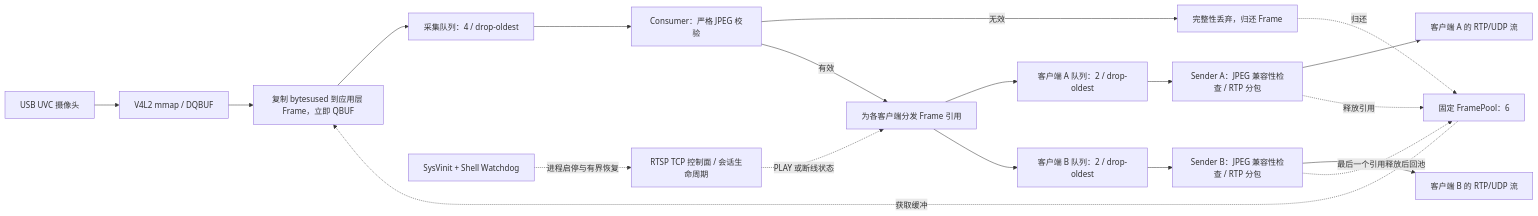
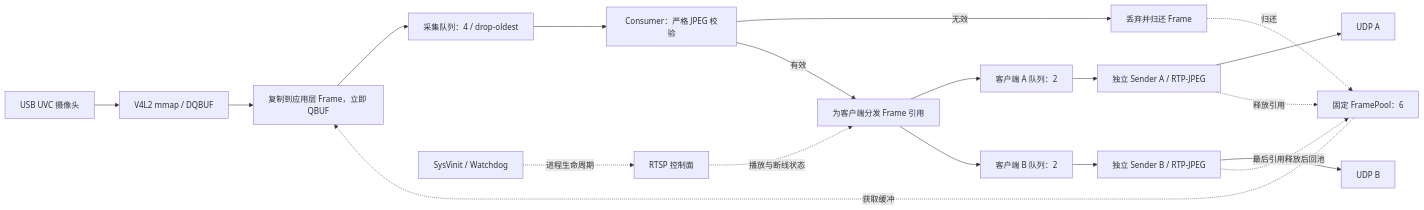
The diagram in README.md (yuhangli-embedded/imx6ull-rtsp-mjpeg-streaming), drawn with Mermaid before and after one commit. The commit also changed other lines of this file and 10 other files, not shown here.

````diff
--- a/README.md
+++ b/README.md
@@ -40,21 +25,21 @@
 ```mermaid
 flowchart LR
     U["USB UVC 摄像头"] --> V["V4L2 mmap / DQBUF"]
-    V --> C["复制 bytesused 到应用层 Frame，立即 QBUF"]
+    V --> C["复制到应用层 Frame，立即 QBUF"]
     P["固定 FramePool：6"] -. 获取缓冲 .-> C
     C --> Q["采集队列：4 / drop-oldest"]
     Q --> J["Consumer：严格 JPEG 校验"]
-    J -->|无效| D["完整性丢弃，归还 Frame"]
+    J -->|无效| D["丢弃并归还 Frame"]
     D -. 归还 .-> P
-    J -->|有效| F["为各客户端分发 Frame 引用"]
-    F --> A["客户端 A 队列：2 / drop-oldest"]
-    F --> B["客户端 B 队列：2 / drop-oldest"]
-    A --> SA["Sender A：JPEG 兼容性检查 / RTP 分包"]
-    B --> SB["Sender B：JPEG 兼容性检查 / RTP 分包"]
-    SA --> UA["客户端 A 的 RTP/UDP 流"]
-    SB --> UB["客户端 B 的 RTP/UDP 流"]
+    J -->|有效| F["为客户端分发 Frame 引用"]
+    F --> A["客户端 A 队列：2"]
+    F --> B["客户端 B 队列：2"]
+    A --> SA["独立 Sender A / RTP-JPEG"]
+    B --> SB["独立 Sender B / RTP-JPEG"]
+    SA --> UA["UDP A"]
+    SB --> UB["UDP B"]
     SA -. 释放引用 .-> P
-    SB -. 最后一个引用释放后回池 .-> P
-    R["RTSP TCP 控制面 / 会话生命周期"] -. PLAY 或断线状态 .-> F
-    S["SysVinit + Shell Watchdog"] -. 进程启停与有界恢复 .-> R
+    SB -. 最后引用释放后回池 .-> P
+    R["RTSP 控制面"] -. 播放与断线状态 .-> F
+    S["SysVinit / Watchdog"] -. 进程生命周期 .-> R
 ```
````
